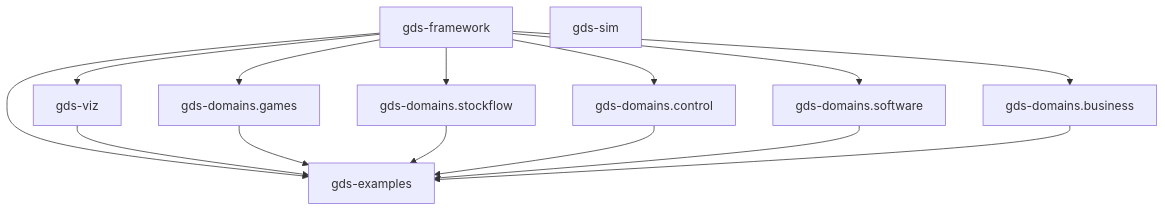
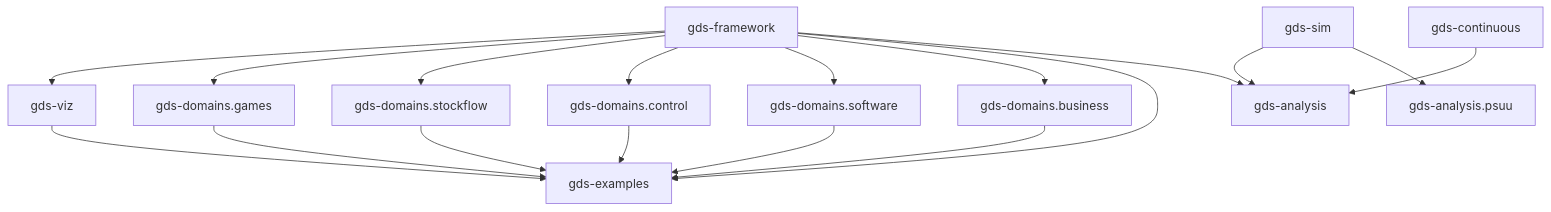
One commit to BlockScience/gds-core changed the diagram in docs/framework/ecosystem.md. Above: the diagram before and after it, drawn with Mermaid. The commit also changed other lines of this file and 49 other files, not shown here.

Commit message:
docs: update sim and psuu documentation

````diff
--- a/docs/framework/ecosystem.md
+++ b/docs/framework/ecosystem.md
@@ -21,17 +25,24 @@
 ```mermaid
 graph TD
     F[gds-framework] --> V[gds-viz]
     F --> G[gds-domains.games]
     F --> SF[gds-domains.stockflow]
     F --> C[gds-domains.control]
     F --> SW[gds-domains.software]
     F --> B[gds-domains.business]
     F --> E[gds-examples]
     V --> E
     G --> E
     SF --> E
     C --> E
     SW --> E
     B --> E
     SIM[gds-sim]
+    CONT[gds-continuous]
+    AN[gds-analysis]
+    PSUU[gds-analysis.psuu]
+    F --> AN
+    SIM --> AN
+    SIM --> PSUU
+    CONT --> AN
 ```
````
